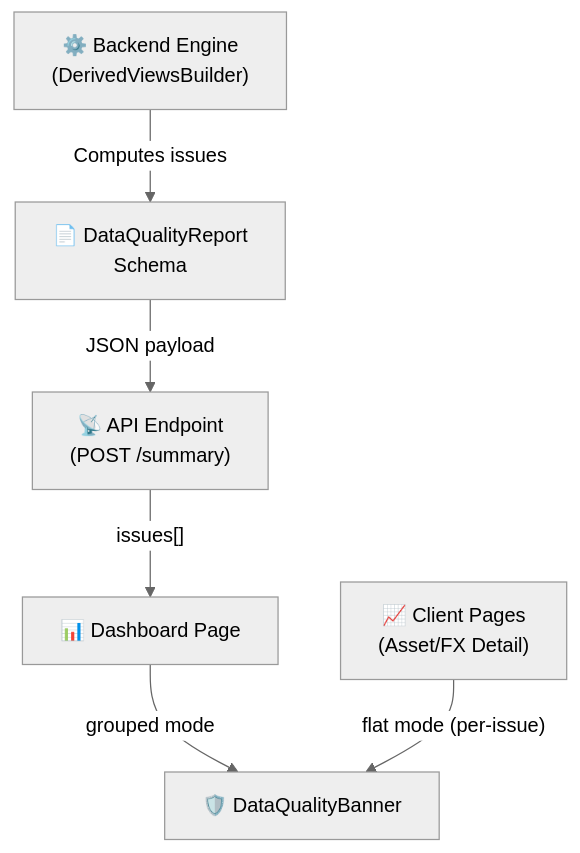
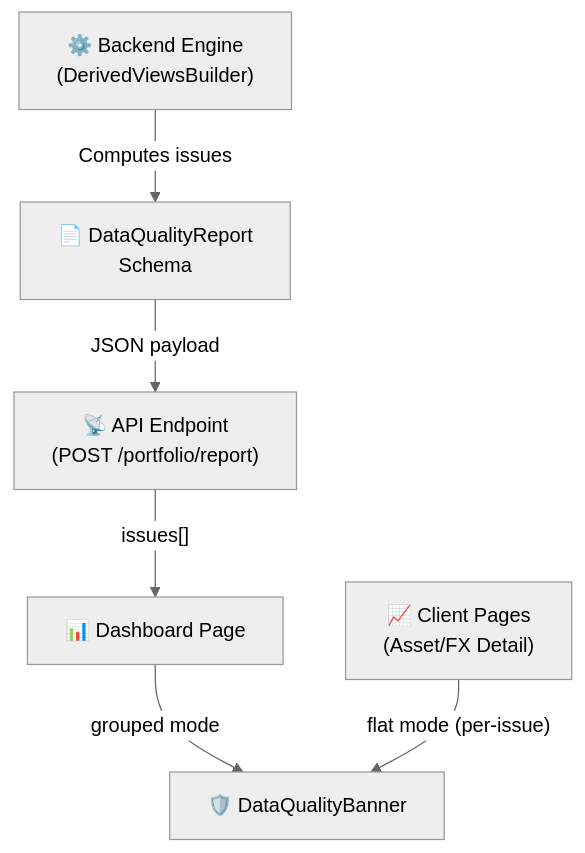
The diagram in mkdocs_src/docs/developer/frontend/data-quality-banner.md (Librefolio/LibreFolio), drawn with Mermaid (neutral theme) before and after one commit. The commit also changed other lines of this file and 77 other files, not shown here.

````diff
--- a/mkdocs_src/docs/developer/frontend/data-quality-banner.md
+++ b/mkdocs_src/docs/developer/frontend/data-quality-banner.md
@@ -31,8 +32,8 @@
 ```mermaid
 graph TD
     Engine["⚙️ Backend Engine<br>(DerivedViewsBuilder)"] -->|"Computes issues"| Report["📄 DataQualityReport<br>Schema"]
-    Report -->|"JSON payload"| API["📡 API Endpoint<br>(POST /summary)"]
+    Report -->|"JSON payload"| API["📡 API Endpoint<br>(POST /portfolio/report)"]
     API -->|"issues[]"| Dash["📊 Dashboard Page"]
     Dash -->|"grouped mode"| Banner["🛡️ DataQualityBanner"]
     Detail["📈 Client Pages<br>(Asset/FX Detail)"] -->|"flat mode (per-issue)"| Banner
 ```
````
